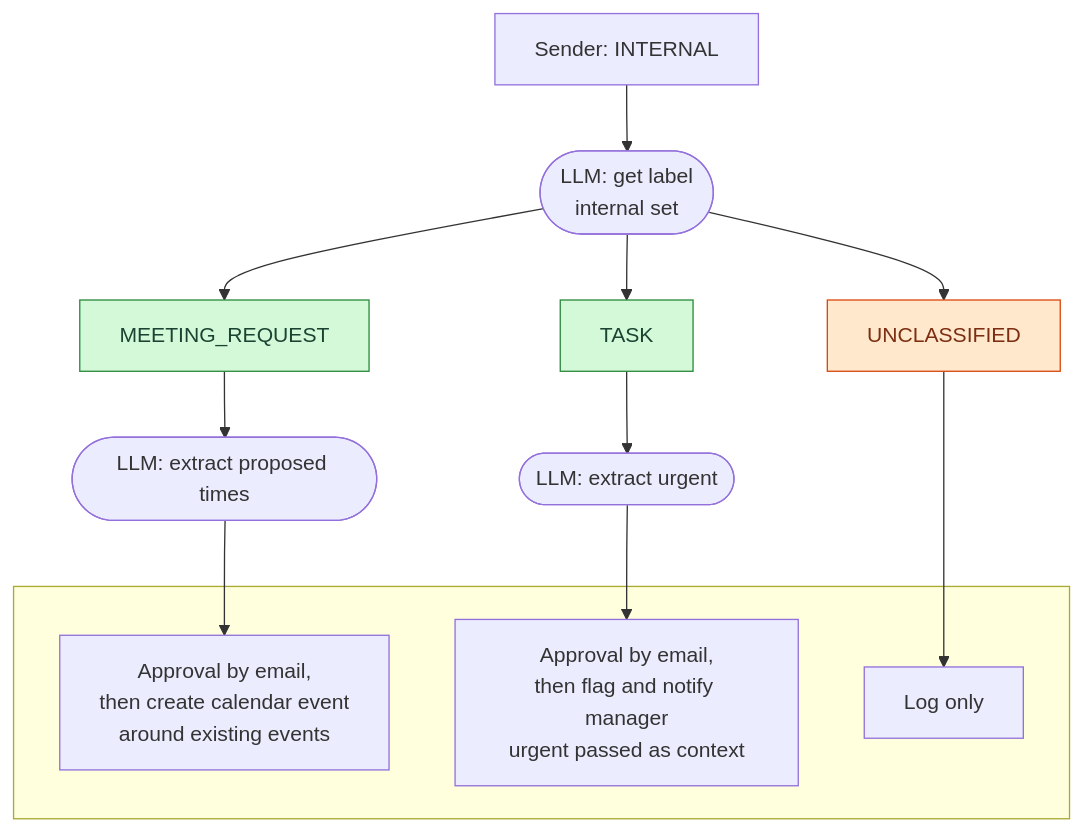
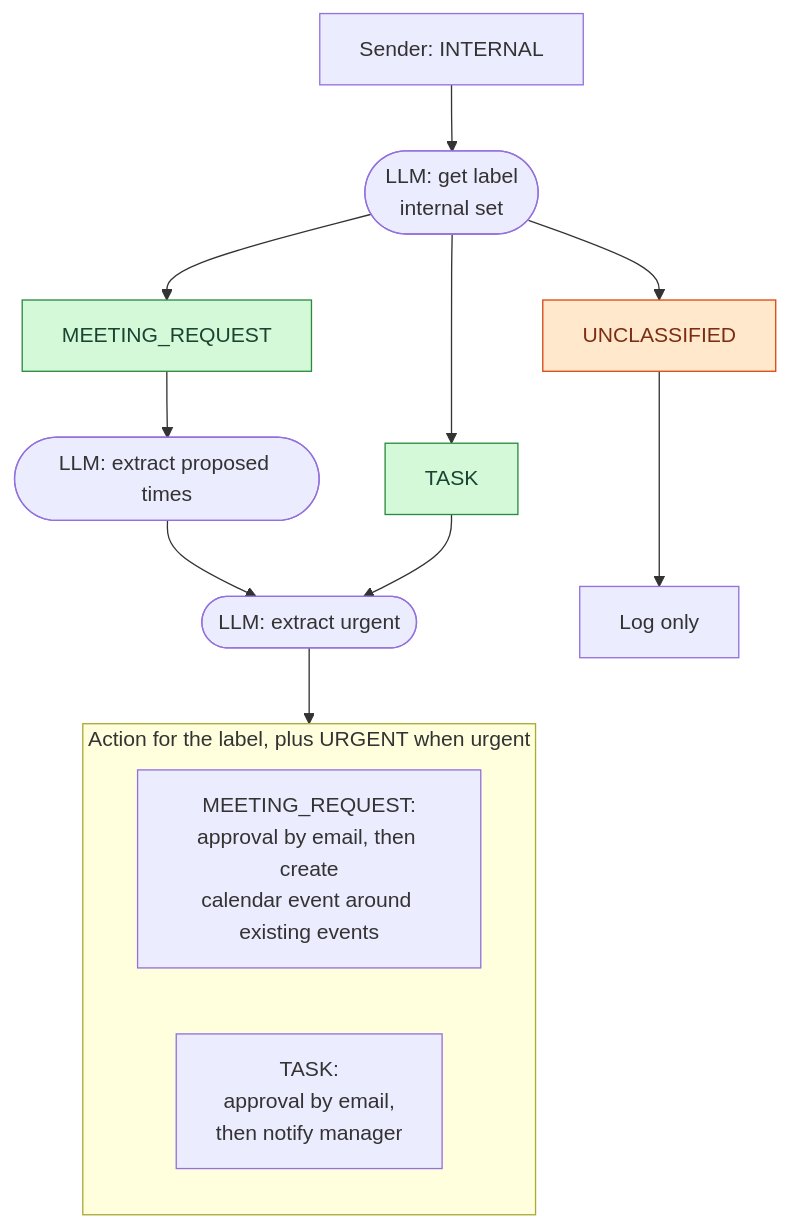
Before and after one commit to andreicaminschi/ai-email-assistant: the second of 2 diagrams in docs/classify-tree.md, drawn with Mermaid. The commit also changed other lines of this file and 5 other files, not shown here.

First line of the commit message:
docs: label actions, urgent on all labels, config values

````diff
--- a/docs/classify-tree.md
+++ b/docs/classify-tree.md
@@ -61,25 +63,24 @@
 ```mermaid
 flowchart TD
     A[Sender: INTERNAL] --> IL([LLM: get label<br/>internal set])
 
     %% Longer ---> arrows keep every label on one row
     IL --> I_TSK[TASK]:::tag
     IL --> I_MTG[MEETING_REQUEST]:::tag
     IL --> I_UNC[UNCLASSIFIED]:::unclassified
 
     I_MTG --> IT([LLM: extract proposed times])
-    I_TSK --> IU([LLM: extract urgent])
+    IT --> IU([LLM: extract urgent])
+    I_TSK --> IU
 
-    subgraph MAP[" "]
-        X_MTG[Approval by email,<br/>then create calendar event<br/>around existing events]
-        X_FLAG[Approval by email,<br/>then flag and notify manager<br/>urgent passed as context]
-        X_LOG[Log only]
+    subgraph MAP["Action for the label, plus URGENT when urgent"]
+        X_MTG[MEETING_REQUEST:<br/>approval by email, then create<br/>calendar event around existing events]
+        X_TSK[TASK:<br/>approval by email,<br/>then notify manager]
     end
 
-    IT --> X_MTG
-    IU --> X_FLAG
-    I_UNC ---> X_LOG
+    IU --> MAP
+    I_UNC ---> X_LOG[Log only]
 
     classDef tag fill:#d3f9d8,stroke:#2b8a3e,color:#1b4332
     classDef unclassified fill:#ffe8cc,stroke:#d9480f,color:#7c2d12
 ```
````
